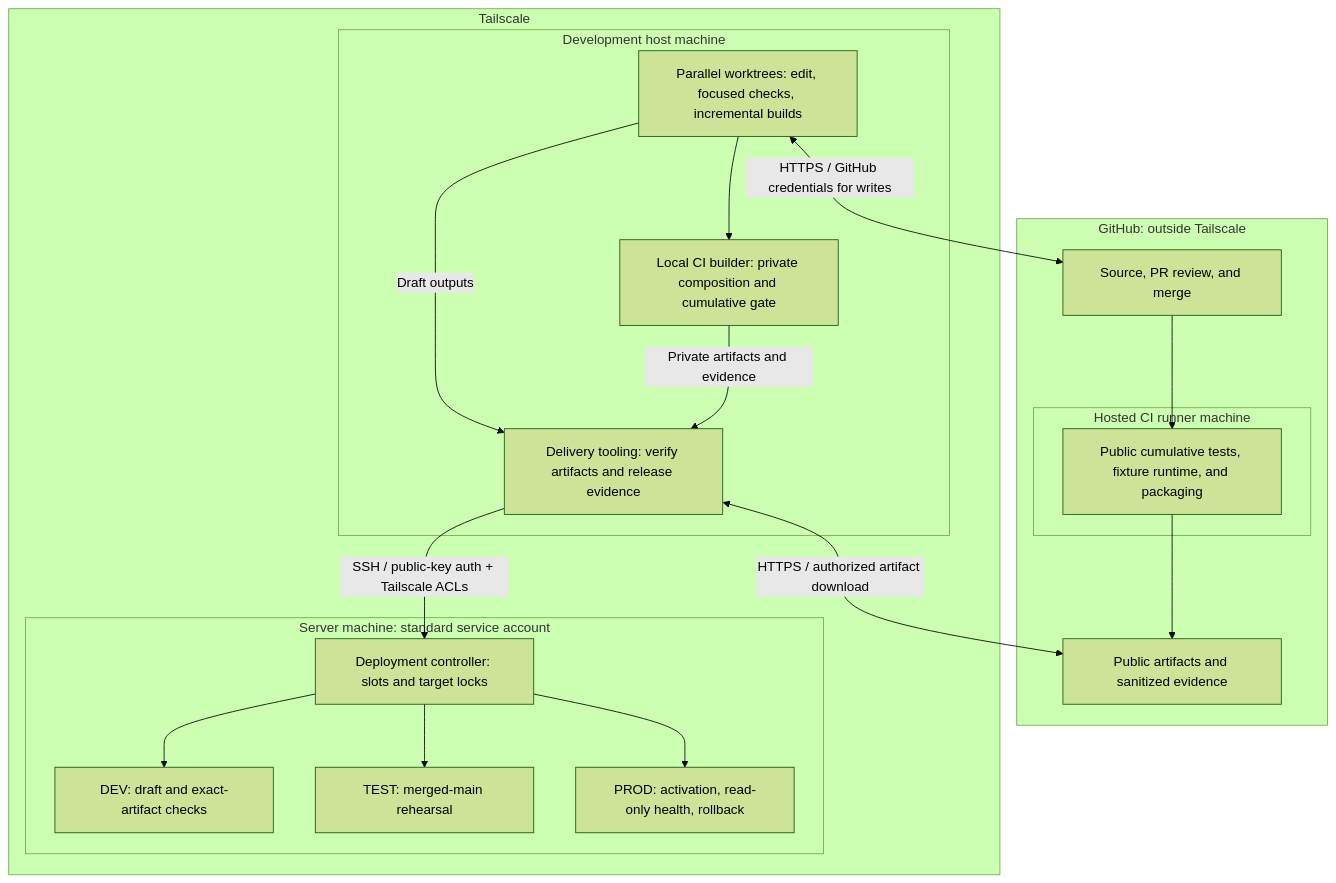
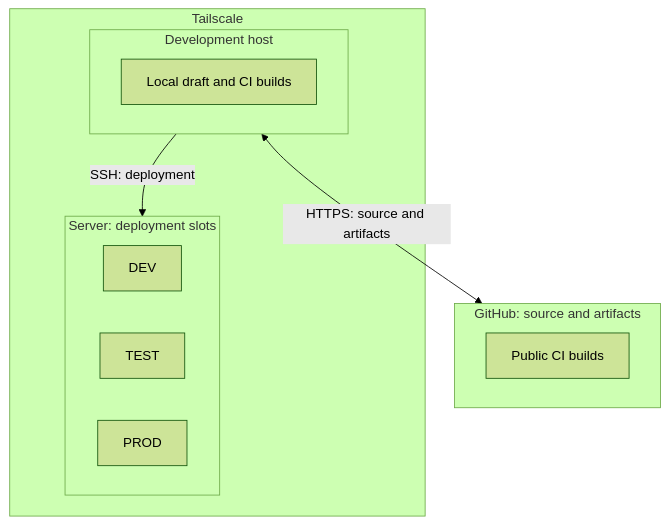
One commit to coletaylor788/puddles changed the third of 5 diagrams in docs/openclaw-setup/security-architecture.md. Above: the diagram before and after it, drawn with Mermaid (forest theme). The commit also changed other lines of this file, not shown here.

Commit message:
Simplify build topology and architecture terminology (#160)
* Simplify build locations and deployment slots diagram

* Use specific architecture terms instead of private

````diff
--- a/docs/openclaw-setup/security-architecture.md
+++ b/docs/openclaw-setup/security-architecture.md
@@ -106,33 +106,18 @@
 ```mermaid
 flowchart TB
-    subgraph GitHub["GitHub: outside Tailscale"]
-        Repo["Source, PR review, and merge"]
-        subgraph Runner["Hosted CI runner machine"]
-            CI["Public cumulative tests, fixture runtime, and packaging"]
-        end
-        Artifacts["Public artifacts and sanitized evidence"]
-        Repo --> CI --> Artifacts
+    subgraph GitHub["GitHub: source and artifacts"]
+        CI["Public CI builds"]
     end
     subgraph Tailnet["Tailscale"]
-        subgraph DevMachine["Development host machine"]
-            Work["Parallel worktrees: edit, focused checks, incremental builds"]
-            Builder["Local CI builder: private composition and cumulative gate"]
-            Delivery["Delivery tooling: verify artifacts and release evidence"]
-            Work --> Builder
-            Work -->|"Draft outputs"| Delivery
-            Builder -->|"Private artifacts and evidence"| Delivery
+        subgraph Host["Development host"]
+            Builds["Local draft and CI builds"]
         end
-        subgraph Server["Server machine: standard service account"]
-            Deploy["Deployment controller: slots and target locks"]
-            DEV["DEV: draft and exact-artifact checks"]
-            TEST["TEST: merged-main rehearsal"]
-            PROD["PROD: activation, read-only health, rollback"]
-            Deploy --> DEV
-            Deploy --> TEST
-            Deploy --> PROD
+        subgraph Server["Server: deployment slots"]
+            DEV["DEV"]
+            TEST["TEST"]
+            PROD["PROD"]
         end
     end
-    Work <-->|"HTTPS / GitHub credentials for writes"| Repo
-    Delivery <-->|"HTTPS / authorized artifact download"| Artifacts
-    Delivery -->|"SSH / public-key auth + Tailscale ACLs"| Deploy
+    Host <-->|"HTTPS: source and artifacts"| GitHub
+    Host -->|"SSH: deployment"| Server
 ```
````
